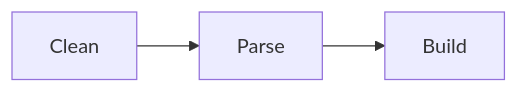
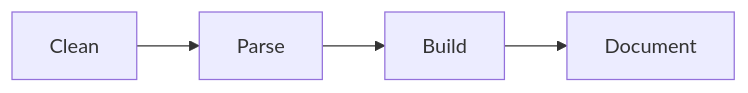
Before and after one commit to thiagola92/discord-social-sdk: the second of 2 diagrams in README.md, drawn with Mermaid. The commit also changed other lines of this file, not shown here.

````diff
--- a/README.md
+++ b/README.md
@@ -63,5 +64,6 @@
 ```mermaid
 flowchart LR
     Clean --> Parse
     Parse --> Build
+    Build --> Document
 ```
````
